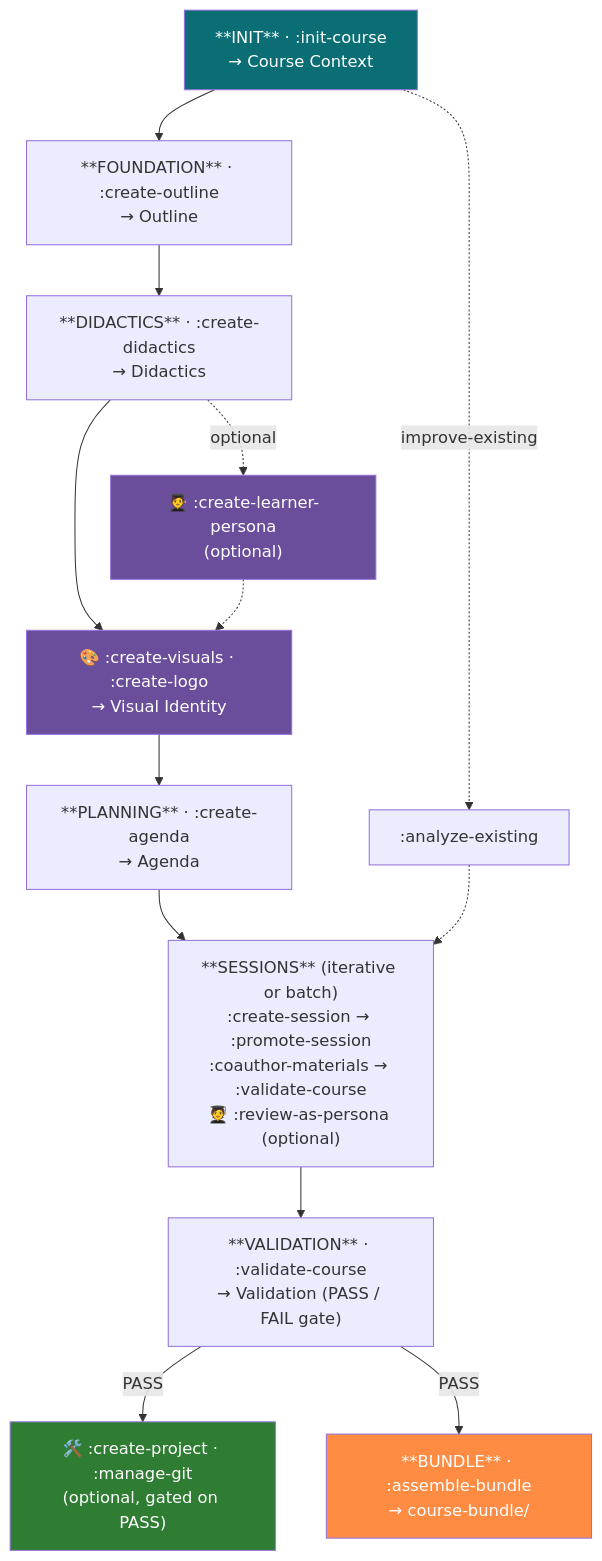
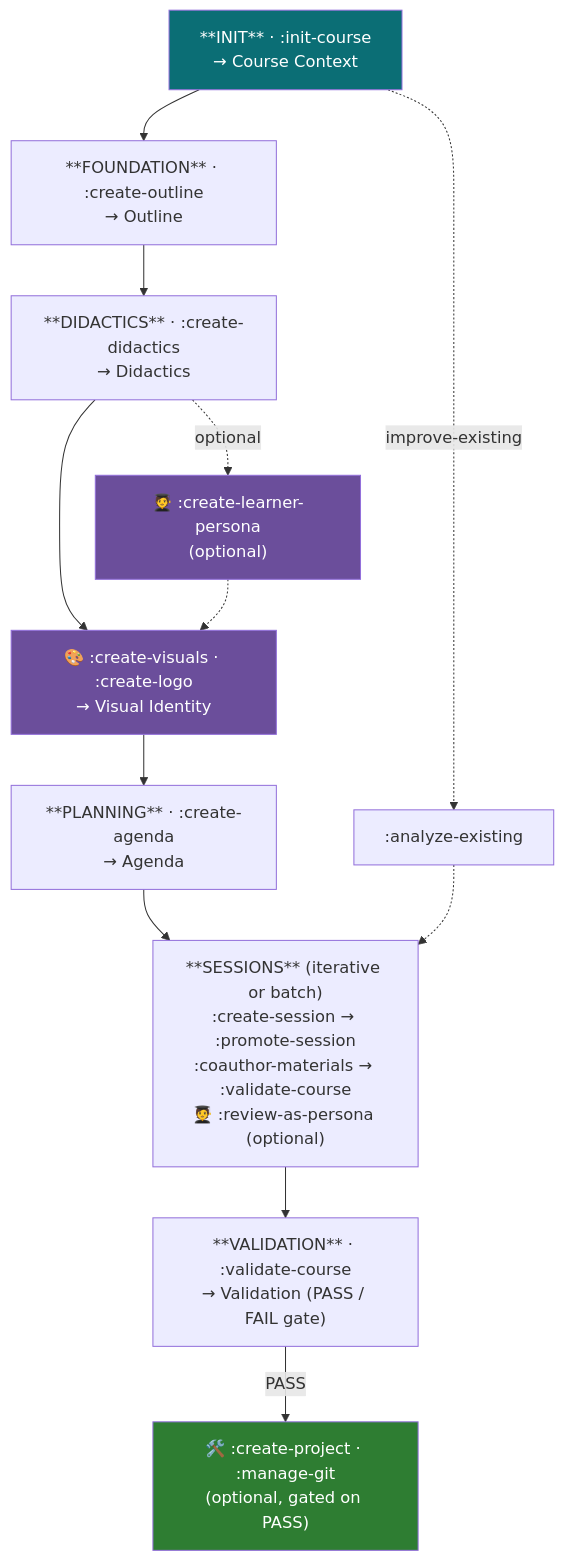
One commit to LiaScript/teaching-agent changed the diagram in README.md. Above: the diagram before and after it, drawn with Mermaid. The commit also changed other lines of this file and 12 other files, not shown here.

First line of the commit message:
Remove assemble-bundle, a leftover from the BMad method

````diff
--- a/README.md
+++ b/README.md
@@ -109,25 +109,22 @@
 ```mermaid
 flowchart TD
     INIT["**INIT** · :init-course<br/>→ Course Context"]
     OUTLINE["**FOUNDATION** · :create-outline<br/>→ Outline"]
     DID["**DIDACTICS** · :create-didactics<br/>→ Didactics"]
     PERSONA["🧑‍🎓 :create-learner-persona<br/>(optional)"]
     VIS["🎨 :create-visuals · :create-logo<br/>→ Visual Identity"]
     AGENDA["**PLANNING** · :create-agenda<br/>→ Agenda"]
     DEV["**SESSIONS** (iterative or batch)<br/>:create-session → :promote-session<br/>:coauthor-materials → :validate-course<br/>🧑‍🎓 :review-as-persona (optional)"]
     VAL["**VALIDATION** · :validate-course<br/>→ Validation (PASS / FAIL gate)"]
     PUB["🛠️ :create-project · :manage-git<br/>(optional, gated on PASS)"]
-    BUNDLE["**BUNDLE** · :assemble-bundle<br/>→ course-bundle/"]
 
     INIT --> OUTLINE --> DID --> VIS --> AGENDA --> DEV --> VAL
     DID -.->|optional| PERSONA -.-> VIS
     VAL -->|PASS| PUB
-    VAL -->|PASS| BUNDLE
     INIT -.->|improve-existing| ANALYZE[":analyze-existing"] -.-> DEV
 
     style INIT fill:#0B6E75,color:#fff
-    style BUNDLE fill:#FF8C42,color:#fff
     style VIS fill:#6B4E9B,color:#fff
     style PERSONA fill:#6B4E9B,color:#fff
     style PUB fill:#2E7D32,color:#fff
 ```
````
